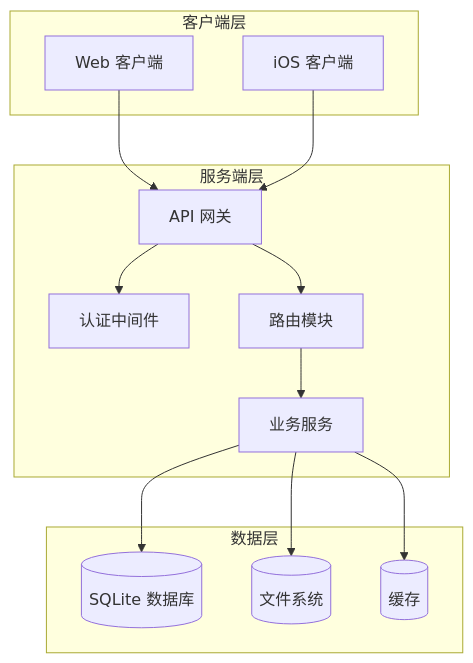
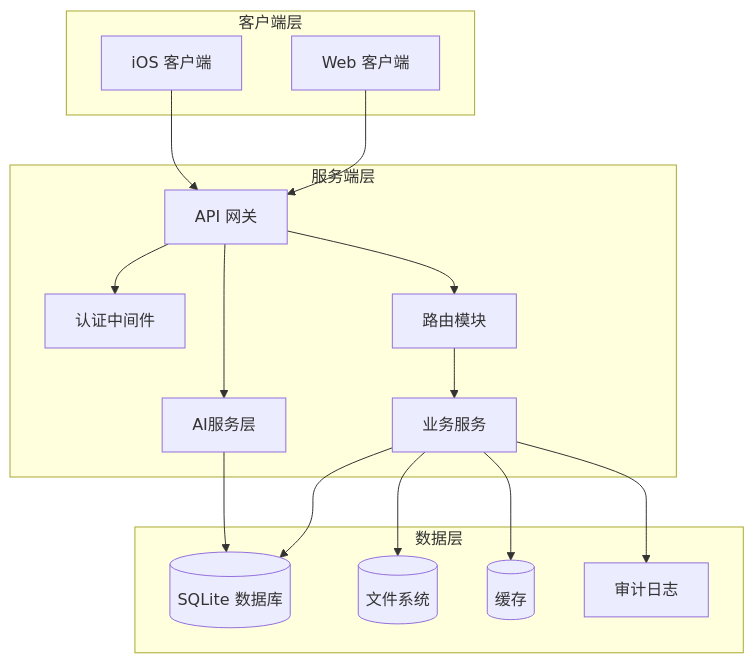
The first of 24 diagrams in .qoder/repowiki/zh/content/Service Api Documentation.md (CubeEdge/Longhorn), drawn with Mermaid before and after one commit. The commit also changed other lines of this file and 53 other files, not shown here.

````diff
--- a/.qoder/repowiki/zh/content/Service Api Documentation.md
+++ b/.qoder/repowiki/zh/content/Service Api Documentation.md
@@ -52,26 +66,31 @@
 ```mermaid
 graph TB
 subgraph "客户端层"
 Web[Web 客户端]
 iOS[iOS 客户端]
 end
 subgraph "服务端层"
 API[API 网关]
 Auth[认证中间件]
 Routes[路由模块]
 Services[业务服务]
+AI[AI服务层]
 end
 subgraph "数据层"
 DB[(SQLite 数据库)]
 FS[(文件系统)]
 Cache[(缓存)]
+Audit[审计日志]
 end
 Web --> API
 iOS --> API
 API --> Auth
 API --> Routes
+API --> AI
 Routes --> Services
 Services --> DB
 Services --> FS
 Services --> Cache
+Services --> Audit
+AI --> DB
 ```
````
